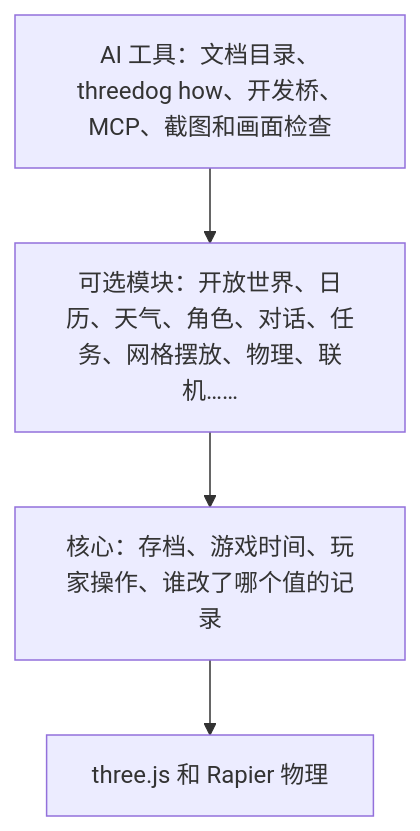
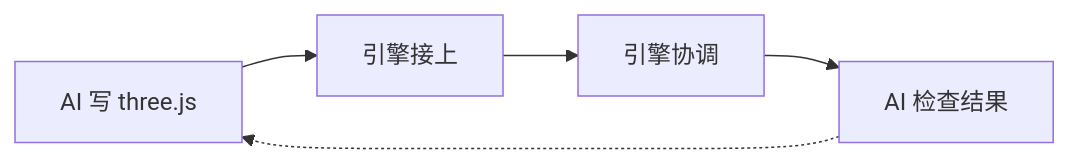
Before and after one commit to penstic123-code/ThreeDog.js-Game-Engine: the first of 5 diagrams in README.zh-CN.md, drawn with Mermaid. The commit also changed other lines of this file and 2 other files, not shown here.

Commit message:
README: diagrams for the design ideas, architecture, modules, shared values and the look pipeline; install from npm first (0.5.0 is published)

````diff
--- a/README.zh-CN.md
+++ b/README.zh-CN.md
@@ -54,8 +31,5 @@
 ```mermaid
-flowchart TB
-  A["AI 工具：文档目录、threedog how、开发桥、MCP、截图和画面检查"]
-  B["可选模块：开放世界、日历、天气、角色、对话、任务、网格摆放、物理、联机……"]
-  C["核心：存档、游戏时间、玩家操作、谁改了哪个值的记录"]
-  D["three.js 和 Rapier 物理"]
-  A --> B --> C --> D
+flowchart LR
+  A["AI 写 three.js"] --> B["引擎接上"] --> C["引擎协调"] --> D["AI 检查结果"]
+  D -.-> A
 ```
````
